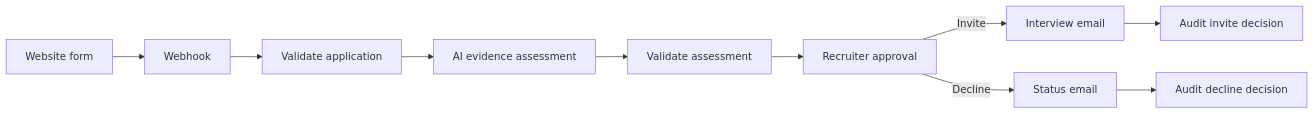
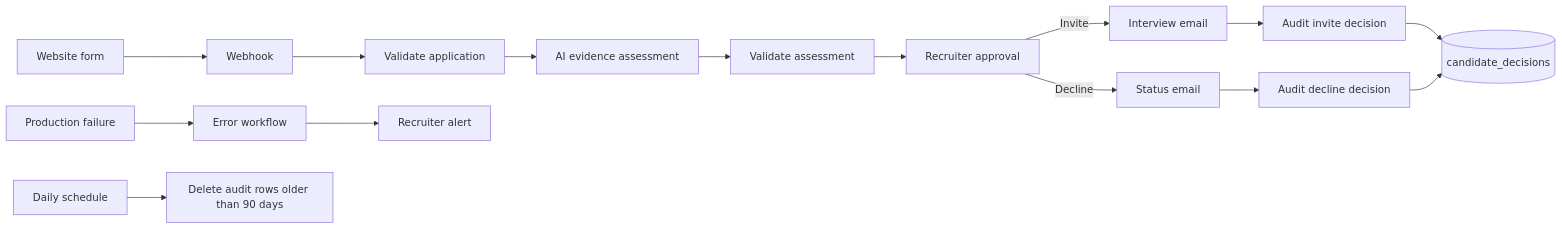
Before and after one commit to TimiCanvas/n8n-lagos-careers: the diagram in README.md, drawn with Mermaid. The commit also changed other lines of this file and 5 other files, not shown here.

Commit message:
Update production-ready n8n workflow package

````diff
--- a/README.md
+++ b/README.md
@@ -85,12 +92,14 @@
 ```mermaid
 flowchart LR
     A[Website form] --> B[Webhook]
     B --> C[Validate application]
     C --> D[AI evidence assessment]
     D --> E[Validate assessment]
     E --> F[Recruiter approval]
     F -->|Invite| G[Interview email]
     F -->|Decline| H[Status email]
-    G --> I[Audit invite decision]
-    H --> J[Audit decline decision]
+    G --> I[Audit invite decision] --> K[(candidate_decisions)]
+    H --> J[Audit decline decision] --> K
+    L[Production failure] --> M[Error workflow] --> N[Recruiter alert]
+    O[Daily schedule] --> P[Delete audit rows older than 90 days]
 ```
````
